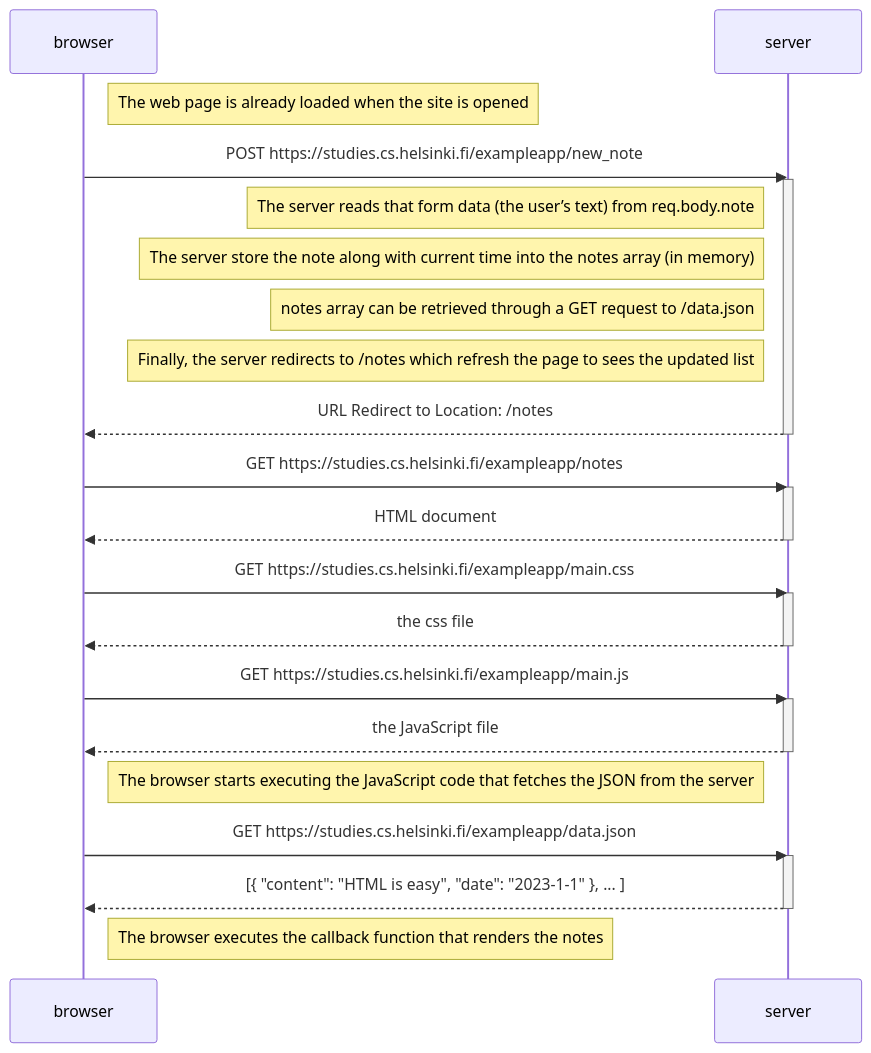
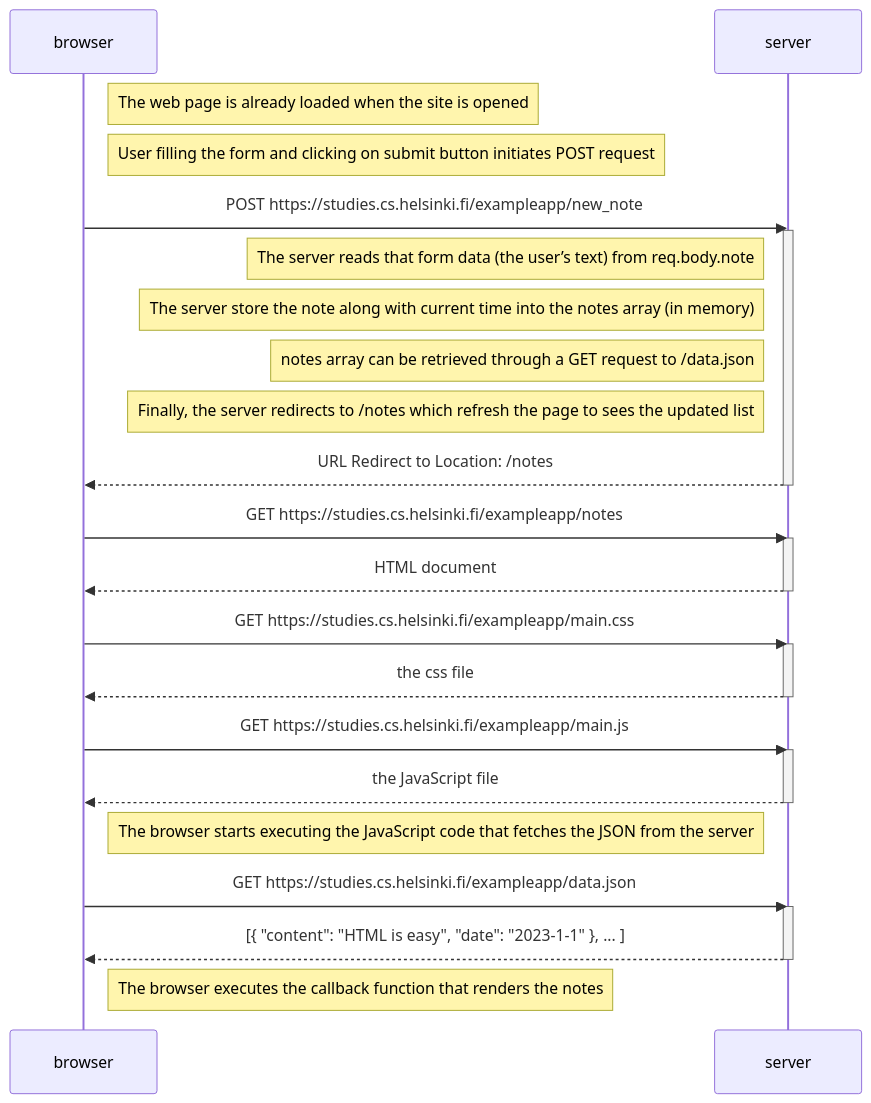
One commit to adibmp137/fullstackopen changed the diagram in part0/0.4-New-note-diagram.md. Above: the diagram before and after it, drawn with Mermaid.

````diff
--- a/part0/0.4-New-note-diagram.md
+++ b/part0/0.4-New-note-diagram.md
@@ -1,40 +1,41 @@
 ```mermaid
 sequenceDiagram
     participant browser
     participant server
 
     Note right of browser:The web page is already loaded when the site is opened
+    Note right of browser:User filling the form and clicking on submit button initiates POST request
     browser->>server: POST https://studies.cs.helsinki.fi/exampleapp/new_note
     activate server
     Note left of server: The server reads that form data (the user’s text) from req.body.note
     Note left of server: The server store the note along with current time into the notes array (in memory)
     Note left of server: notes array can be retrieved through a GET request to /data.json 
     Note left of server: Finally, the server redirects to /notes which refresh the page to sees the updated list
 
     server-->>browser: URL Redirect to Location: /notes
     deactivate server
 
     browser->>server: GET https://studies.cs.helsinki.fi/exampleapp/notes
     activate server
     server-->>browser: HTML document
     deactivate server
 
     browser->>server: GET https://studies.cs.helsinki.fi/exampleapp/main.css
     activate server
     server-->>browser: the css file
     deactivate server
 
     browser->>server: GET https://studies.cs.helsinki.fi/exampleapp/main.js
     activate server
     server-->>browser: the JavaScript file
     deactivate server
 
     Note right of browser: The browser starts executing the JavaScript code that fetches the JSON from the server
 
     browser->>server: GET https://studies.cs.helsinki.fi/exampleapp/data.json
     activate server
     server-->>browser: [{ "content": "HTML is easy", "date": "2023-1-1" }, ... ]
     deactivate server
 
     Note right of browser: The browser executes the callback function that renders the notes
 ```
````
